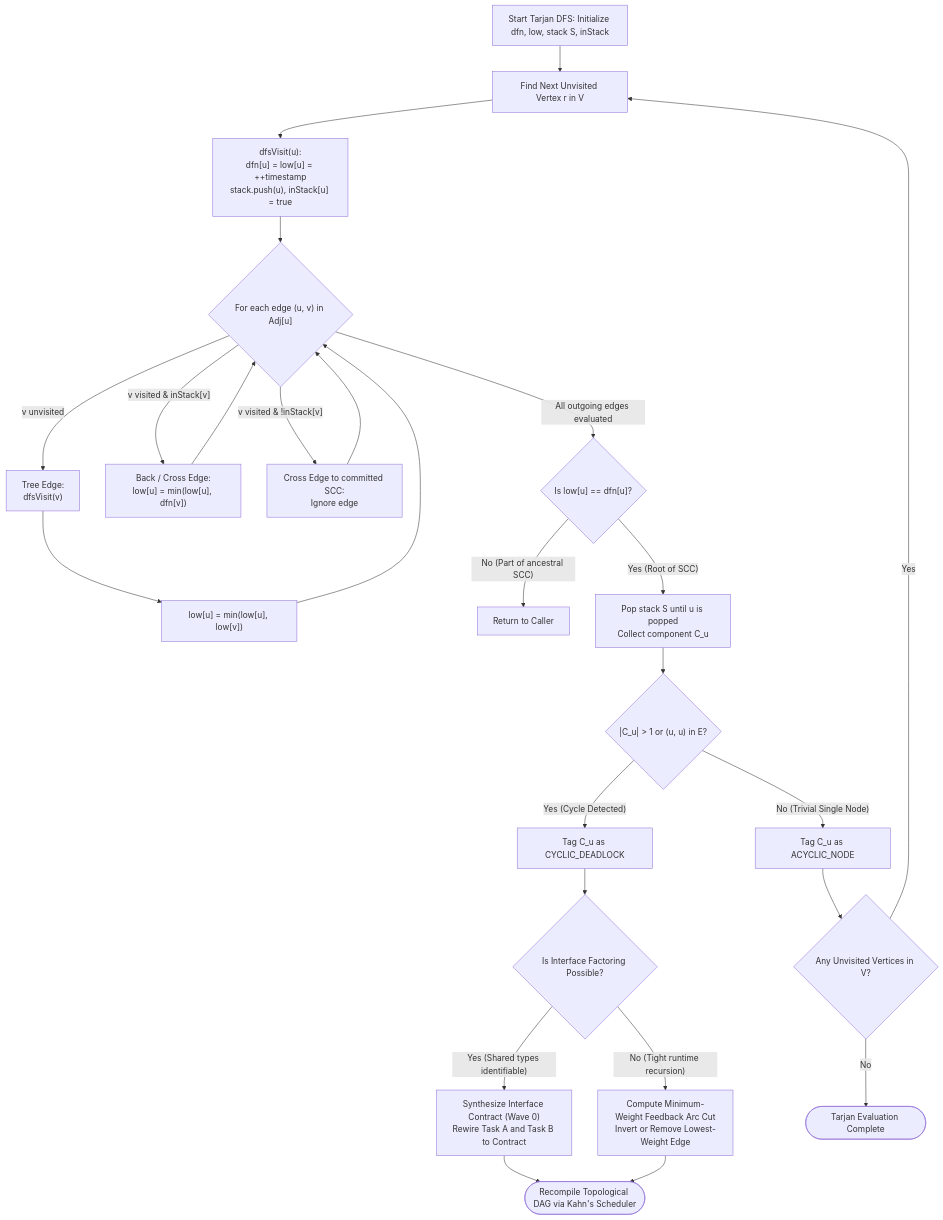
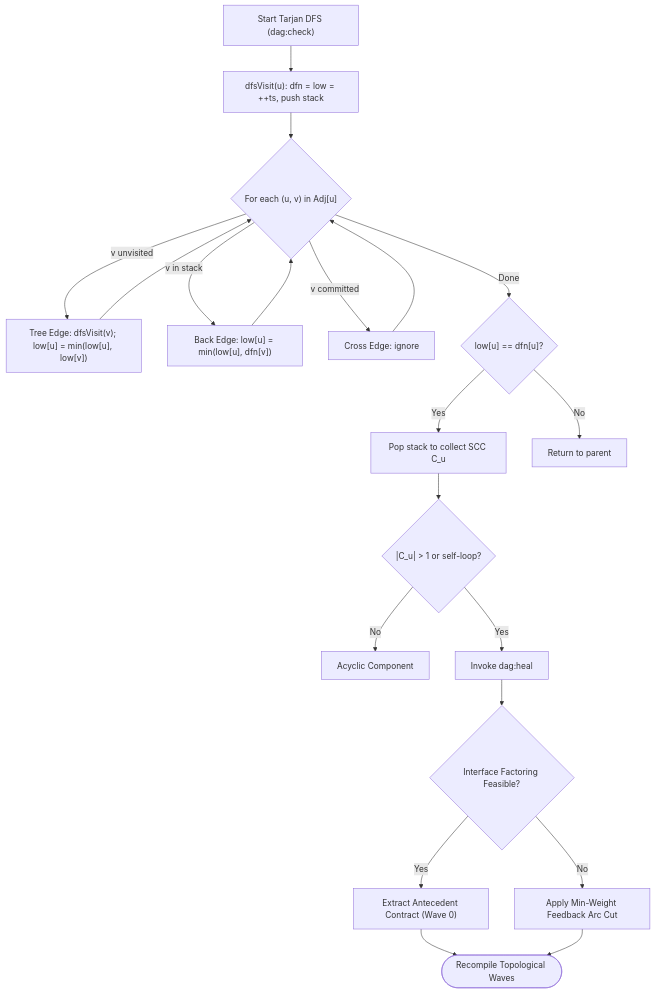
One commit to onurseckin/skills changed the diagram in docs/olt/architecture/06-topological-scheduler-dags/06-02-tarjan-scc-cycle-detection.md. Above: the diagram before and after it, drawn with Mermaid. The commit also changed other lines of this file and 115 other files, not shown here.

````diff
--- a/docs/olt/architecture/06-topological-scheduler-dags/06-02-tarjan-scc-cycle-detection.md
+++ b/docs/olt/architecture/06-topological-scheduler-dags/06-02-tarjan-scc-cycle-detection.md
@@ -185,37 +107,22 @@
 ```mermaid
 flowchart TD
-    StartTarjan["Start Tarjan DFS: Initialize dfn, low, stack S, inStack"] --> PickUnvisited["Find Next Unvisited Vertex r in V"]
-    PickUnvisited --> DFSVisit["dfsVisit(u):<br/>dfn[u] = low[u] = ++timestamp<br/>stack.push(u), inStack[u] = true"]
-
-    DFSVisit --> EdgeLoop{"For each edge (u, v) in Adj[u]"}
-
-    EdgeLoop -->|"v unvisited"| RecurseV["Tree Edge:<br/>dfsVisit(v)"]
-    RecurseV --> PropagateLow["low[u] = min(low[u], low[v])"]
-    PropagateLow --> EdgeLoop
-
-    EdgeLoop -->|"v visited & inStack[v]"| BackEdge["Back / Cross Edge:<br/>low[u] = min(low[u], dfn[v])"]
-    BackEdge --> EdgeLoop
-
-    EdgeLoop -->|"v visited & !inStack[v]"| CrossEdgeIgnore["Cross Edge to committed SCC:<br/>Ignore edge"]
-    CrossEdgeIgnore --> EdgeLoop
-
-    EdgeLoop -->|"All outgoing edges evaluated"| CheckRoot{"Is low[u] == dfn[u]?"}
-
-    CheckRoot -->|"No (Part of ancestral SCC)"| ReturnParent["Return to Caller"]
-    CheckRoot -->|"Yes (Root of SCC)"| PopComponent["Pop stack S until u is popped<br/>Collect component C_u"]
-
-    PopComponent --> EvaluateSCC{"|C_u| > 1 or (u, u) in E?"}
-    EvaluateSCC -->|"No (Trivial Single Node)"| ComponentClean["Tag C_u as ACYCLIC_NODE"]
-    EvaluateSCC -->|"Yes (Cycle Detected)"| FlagCycle["Tag C_u as CYCLIC_DEADLOCK"]
-
-    FlagCycle --> ChooseRemediation{"Is Interface Factoring Possible?"}
-    ChooseRemediation -->|"Yes (Shared types identifiable)"| ExtractContract["Synthesize Interface Contract (Wave 0)<br/>Rewire Task A and Task B to Contract"]
-    ChooseRemediation -->|"No (Tight runtime recursion)"| ApplyMinFAS["Compute Minimum-Weight Feedback Arc Cut<br/>Invert or Remove Lowest-Weight Edge"]
-
-    ComponentClean --> CheckRemaining{"Any Unvisited Vertices in V?"}
-    ExtractContract --> RecompileDAG(["Recompile Topological DAG via Kahn's Scheduler"])
-    ApplyMinFAS --> RecompileDAG
-
-    CheckRemaining -->|"Yes"| PickUnvisited
-    CheckRemaining -->|"No"| TraversalComplete(["Tarjan Evaluation Complete"])
+    Start["Start Tarjan DFS (dag:check)"] --> Visit["dfsVisit(u): dfn = low = ++ts, push stack"]
+    Visit --> Edges{"For each (u, v) in Adj[u]"}
+    Edges -->|"v unvisited"| Recurse["Tree Edge: dfsVisit(v); low[u] = min(low[u], low[v])"]
+    Edges -->|"v in stack"| BackEdge["Back Edge: low[u] = min(low[u], dfn[v])"]
+    Edges -->|"v committed"| Ignore["Cross Edge: ignore"]
+    Recurse --> Edges
+    BackEdge --> Edges
+    Ignore --> Edges
+    Edges -->|"Done"| CheckRoot{"low[u] == dfn[u]?"}
+    CheckRoot -->|"Yes"| Pop["Pop stack to collect SCC C_u"]
+    CheckRoot -->|"No"| Return["Return to parent"]
+    Pop --> IsCyclic{"|C_u| > 1 or self-loop?"}
+    IsCyclic -->|"No"| Clean["Acyclic Component"]
+    IsCyclic -->|"Yes"| Heal["Invoke dag:heal"]
+    Heal --> Strategy{"Interface Factoring Feasible?"}
+    Strategy -->|"Yes"| Contract["Extract Antecedent Contract (Wave 0)"]
+    Strategy -->|"No"| MinFAS["Apply Min-Weight Feedback Arc Cut"]
+    Contract --> Recompile(["Recompile Topological Waves"])
+    MinFAS --> Recompile
 ```
````
